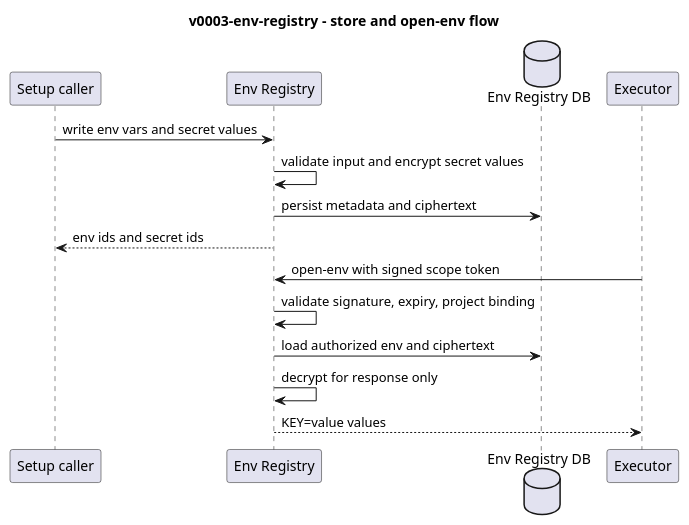
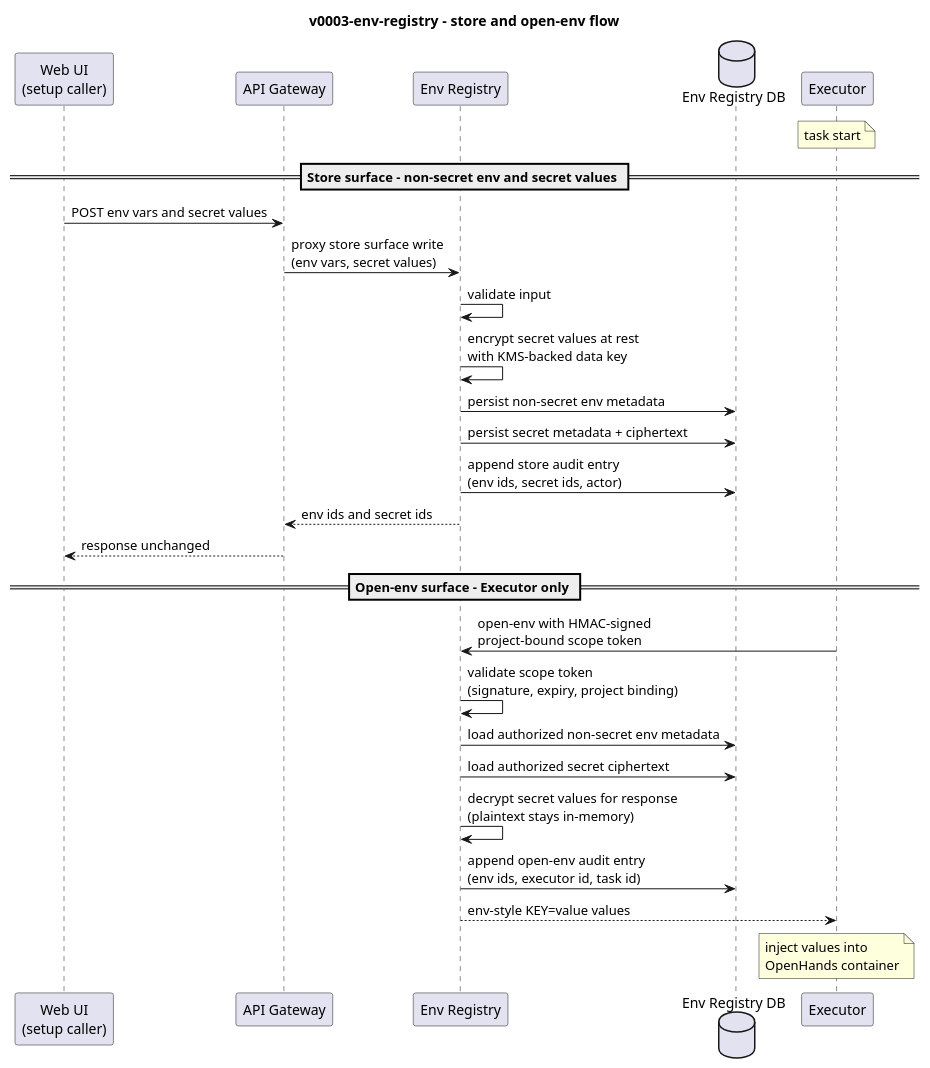
Before and after one commit to pandops/flowai: the diagram in openspec/changes/v0003-env-registry/specs/diagrams/02-store-open-env-flow.puml, drawn with PlantUML. The commit also changed other lines of this file and 77 other files, not shown here.

```diff
--- a/openspec/changes/v0003-env-registry/specs/diagrams/02-store-open-env-flow.puml
+++ b/openspec/changes/v0003-env-registry/specs/diagrams/02-store-open-env-flow.puml
@@ -1,20 +2,32 @@
 @startuml
 title v0003-env-registry - store and open-env flow
 
-participant "Setup caller" as Setup
+participant "Web UI\n(setup caller)" as UI
+participant "API Gateway" as GW
 participant "Env Registry" as Env
 database "Env Registry DB" as Db
 participant "Executor" as Ex
+note over Ex : task start
 
-Setup -> Env : write env vars and secret values
-Env -> Env : validate input and encrypt secret values
-Env -> Db : persist metadata and ciphertext
-Env --> Setup : env ids and secret ids
+== Store surface - non-secret env and secret values ==
+UI -> GW : POST env vars and secret values
+GW -> Env : proxy store surface write\n(env vars, secret values)
+Env -> Env : validate input
+Env -> Env : encrypt secret values at rest\nwith KMS-backed data key
+Env -> Db : persist non-secret env metadata
+Env -> Db : persist secret metadata + ciphertext
+Env -> Db : append store audit entry\n(env ids, secret ids, actor)
+Env --> GW : env ids and secret ids
+GW --> UI : response unchanged
 
-Ex -> Env : open-env with signed scope token
-Env -> Env : validate signature, expiry, project binding
-Env -> Db : load authorized env and ciphertext
-Env -> Env : decrypt for response only
-Env --> Ex : KEY=value values
+== Open-env surface - Executor only ==
+Ex -> Env : open-env with HMAC-signed\nproject-bound scope token
+Env -> Env : validate scope token\n(signature, expiry, project binding)
+Env -> Db : load authorized non-secret env metadata
+Env -> Db : load authorized secret ciphertext
+Env -> Env : decrypt secret values for response\n(plaintext stays in-memory)
+Env -> Db : append open-env audit entry\n(env ids, executor id, task id)
+Env --> Ex : env-style KEY=value values
+note over Ex : inject values into\nOpenHands container
 
 @enduml
```
